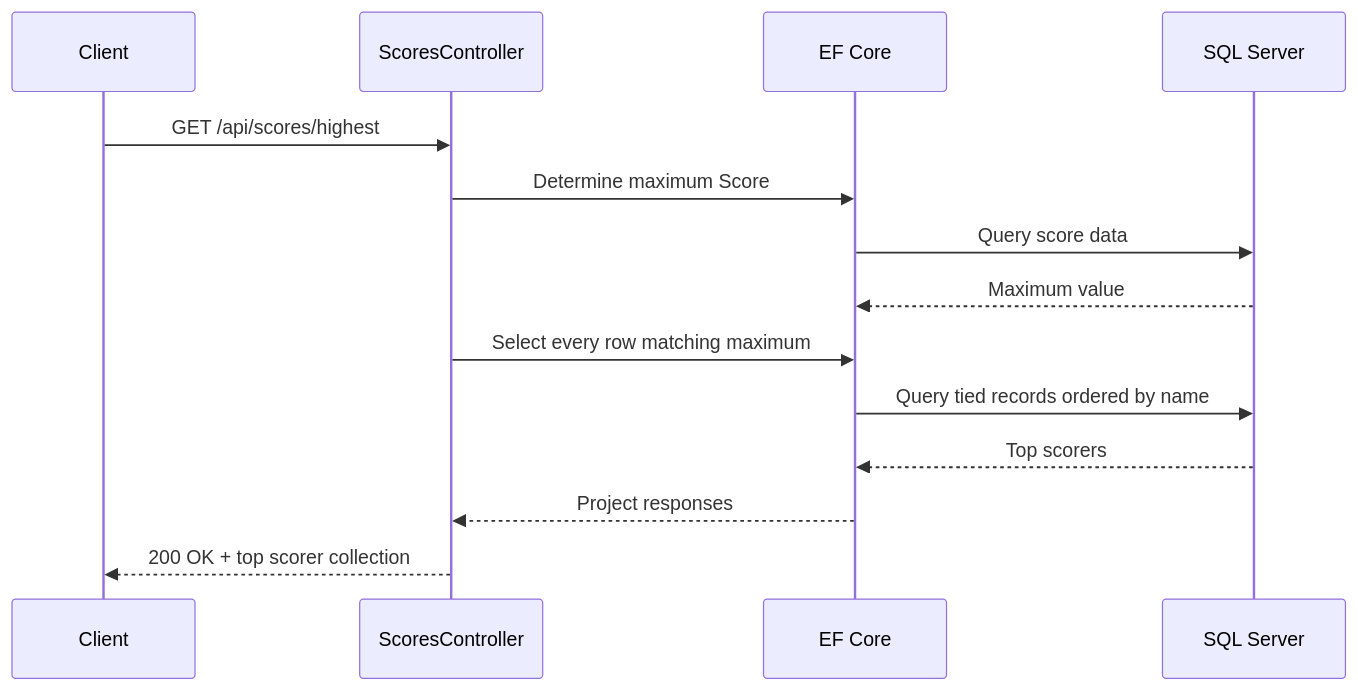
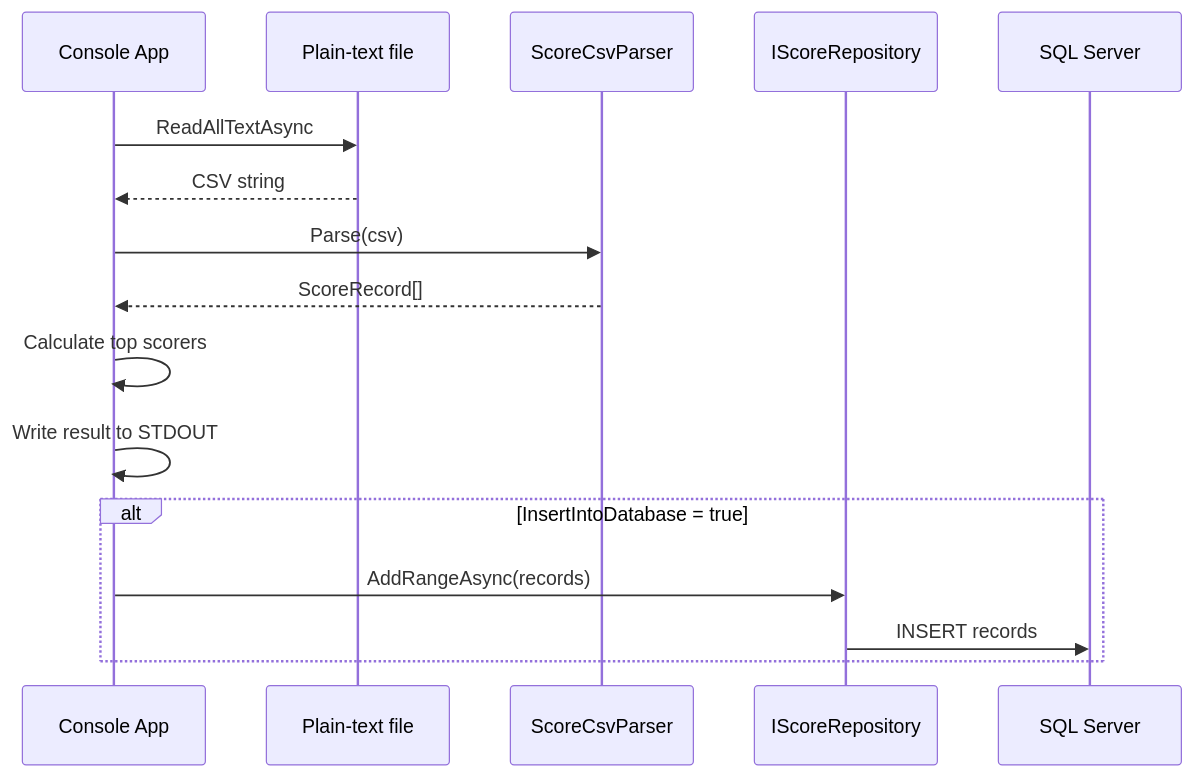
Before and after one commit to Mafuri1/ninety9Score: the second of 3 diagrams in docs/ARCHITECTURE.md, drawn with Mermaid. The commit also changed other lines of this file and 51 other files, not shown here.

````diff
--- a/docs/ARCHITECTURE.md
+++ b/docs/ARCHITECTURE.md
@@ -140,17 +37,19 @@
 ```mermaid
 sequenceDiagram
-    participant C as Client
-    participant S as ScoresController
-    participant E as EF Core
+    participant C as Console App
+    participant F as Plain-text file
+    participant P as ScoreCsvParser
+    participant R as IScoreRepository
     participant D as SQL Server
 
-    C->>S: GET /api/scores/highest
-    S->>E: Determine maximum Score
-    E->>D: Query score data
-    D-->>E: Maximum value
-    S->>E: Select every row matching maximum
-    E->>D: Query tied records ordered by name
-    D-->>E: Top scorers
-    E-->>S: Project responses
-    S-->>C: 200 OK + top scorer collection
+    C->>F: ReadAllTextAsync
+    F-->>C: CSV string
+    C->>P: Parse(csv)
+    P-->>C: ScoreRecord[]
+    C->>C: Calculate top scorers
+    C->>C: Write result to STDOUT
+    alt InsertIntoDatabase = true
+        C->>R: AddRangeAsync(records)
+        R->>D: INSERT records
+    end
 ```
````
